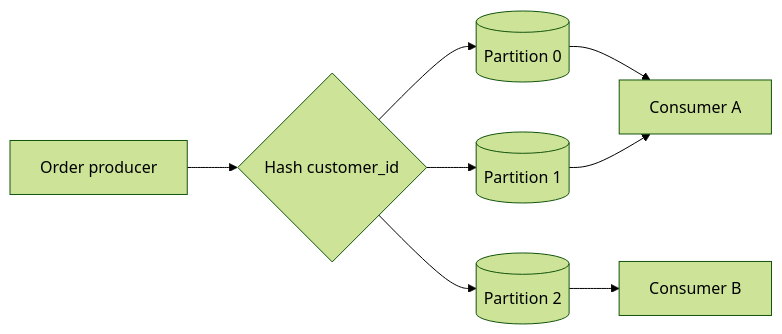
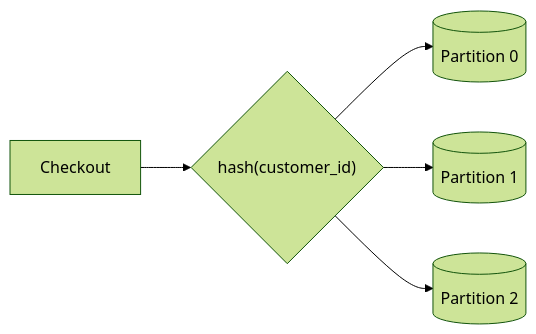
Before and after one commit to alanqi03/sys-design: the second of 2 diagrams in streaming/streaming-fundamentals.md, drawn with Mermaid (forest theme). The commit also changed other lines of this file and 6 other files, not shown here.

````diff
--- a/streaming/streaming-fundamentals.md
+++ b/streaming/streaming-fundamentals.md
@@ -51,10 +51,7 @@
 ```{mermaid}
 flowchart LR
-  producer[Order producer] --> router{Hash customer_id}
+  producer[Checkout] --> router{"hash(customer_id)"}
   router --> p0[(Partition 0)]
   router --> p1[(Partition 1)]
   router --> p2[(Partition 2)]
-  p0 --> c1[Consumer A]
-  p1 --> c1
-  p2 --> c2[Consumer B]
 ```
````
